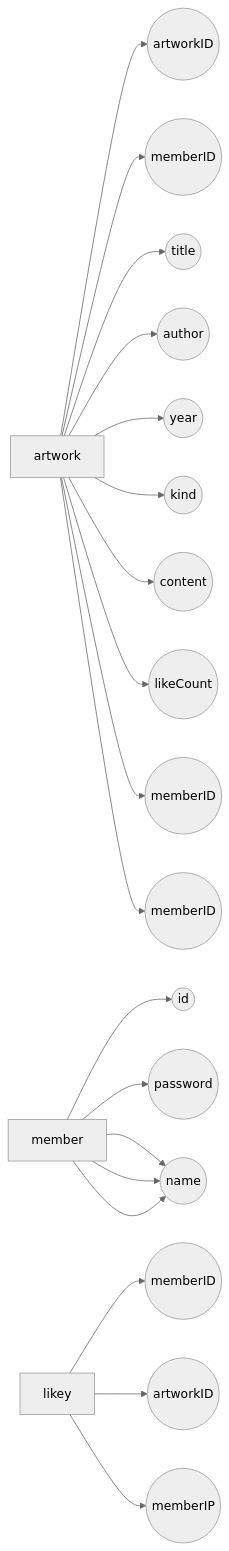
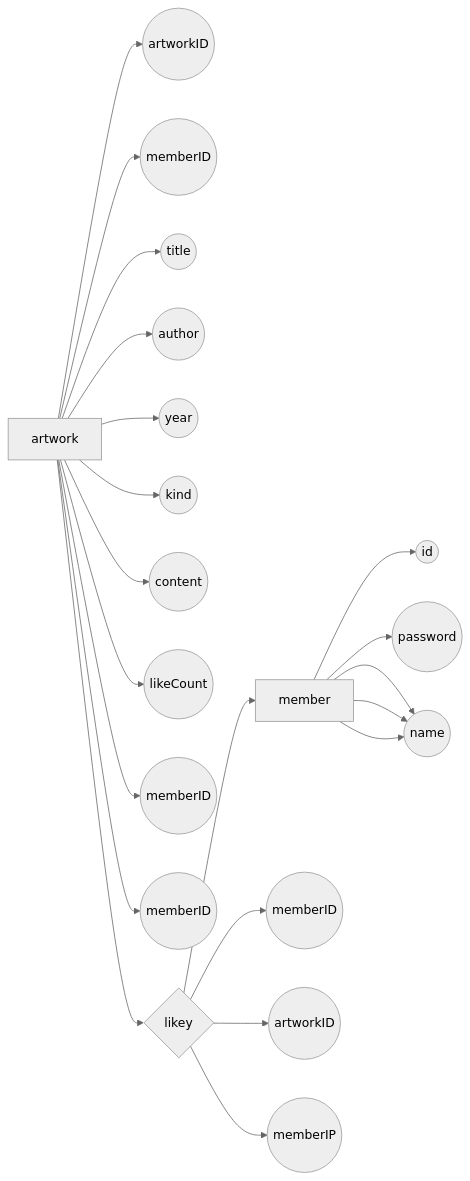
One commit to ydj1215/FindMedia changed the diagram in README.md. Above: the diagram before and after it, drawn with Mermaid (neutral theme).

````diff
--- a/README.md
+++ b/README.md
@@ -38,25 +38,27 @@
 ```mermaid
 graph LR
 A[artwork]
    A --> B((artworkID))
    A --> C((memberID))
    A --> D((title))
    A --> E((author))
    A --> F((year))
    A --> G((kind))
    A --> H((content))
    A --> I((likeCount))
    A --> J((memberID))
    A --> K((memberID))
+   A --> a
 L[member]
   L --> M((id))
   L --> N((password))
   L --> O((nickname))
   L --> O((email))
   L --> O((name))
-a[likey]
+a{likey}
   a --> b((memberID))
   a --> c((artworkID))
   a --> d((memberIP))
+  a --> L
 
 ```
````
